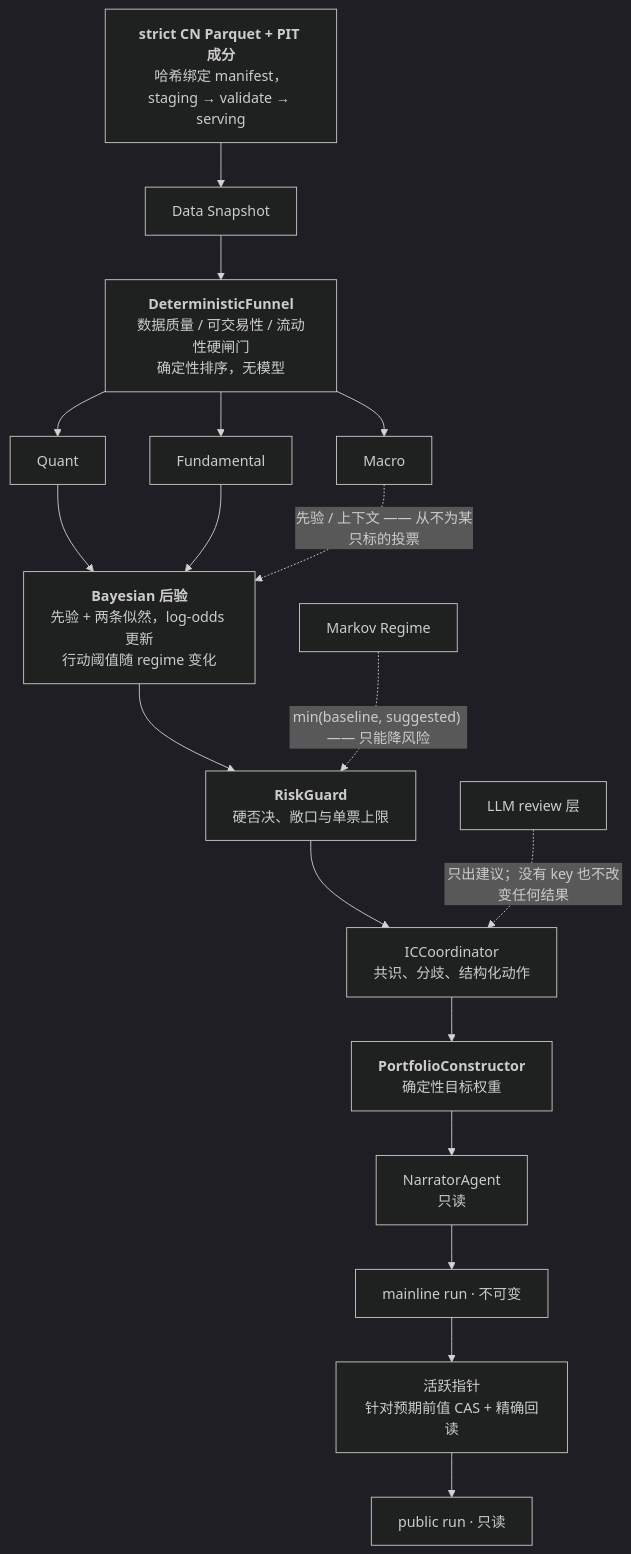
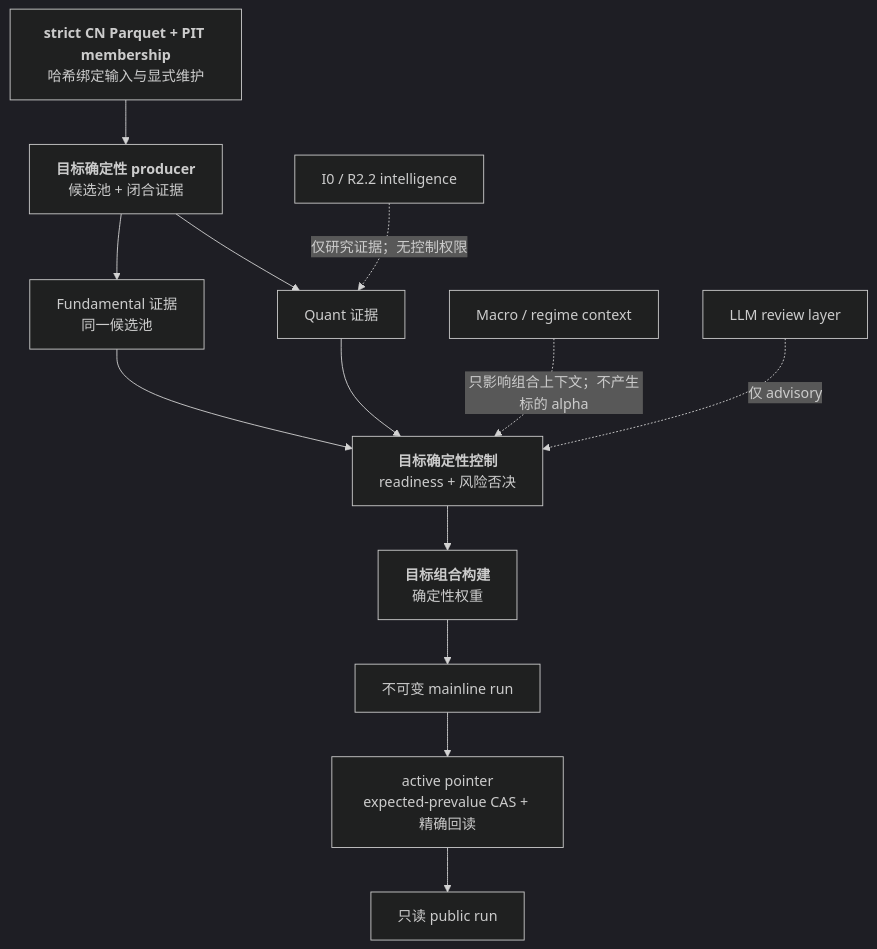
The diagram in README.zh-CN.md (alpha-mw/myQuant), drawn with Mermaid (dark theme) before and after one commit. The commit also changed other lines of this file and 24 other files, not shown here.

````diff
--- a/README.zh-CN.md
+++ b/README.zh-CN.md
@@ -59,26 +116,15 @@
 ```mermaid
 flowchart TD
-    D["<b>strict CN Parquet + PIT 成分</b><br/>哈希绑定 manifest，staging → validate → serving"] --> S["Data Snapshot"]
-    S --> F["<b>DeterministicFunnel</b><br/>数据质量 / 可交易性 / 流动性硬闸门<br/>确定性排序，无模型"]
-
-    F --> Q["Quant"]
-    F --> FD["Fundamental"]
-    F --> MA["Macro"]
-
-    Q --> B["<b>Bayesian 后验</b><br/>先验 + 两条似然，log-odds 更新<br/>行动阈值随 regime 变化"]
-    FD --> B
-    MA -. "先验 / 上下文 —— 从不为某只标的投票" .-> B
-
-    B --> RG["<b>RiskGuard</b><br/>硬否决、敞口与单票上限"]
-    MK["Markov Regime"] -. "min(baseline, suggested) —— 只能降风险" .-> RG
-
-    RG --> IC["ICCoordinator<br/>共识、分歧、结构化动作"]
-    IC --> PC["<b>PortfolioConstructor</b><br/>确定性目标权重"]
-    PC --> N["NarratorAgent<br/>只读"]
-
-    N --> MR["mainline run · 不可变"]
-    MR --> AP["活跃指针<br/>针对预期前值 CAS + 精确回读"]
-    AP --> PB["public run · 只读"]
-
-    LLM["LLM review 层"] -. "只出建议；没有 key 也不改变任何结果" .-> IC
+    D["<b>strict CN Parquet + PIT membership</b><br/>哈希绑定输入与显式维护"] --> F["<b>目标确定性 producer</b><br/>候选池 + 闭合证据"]
+    F --> Q["Quant 证据"]
+    F --> FD["Fundamental 证据<br/>同一候选池"]
+    MA["Macro / regime context"] -. "只影响组合上下文；不产生标的 alpha" .-> C
+    Q --> C["<b>目标确定性控制</b><br/>readiness + 风险否决"]
+    FD --> C
+    C --> PC["<b>目标组合构建</b><br/>确定性权重"]
+    PC --> MR["不可变 mainline run"]
+    MR --> AP["active pointer<br/>expected-prevalue CAS + 精确回读"]
+    AP --> PB["只读 public run"]
+    I0["I0 / R2.2 intelligence"] -. "仅研究证据；无控制权限" .-> Q
+    LLM["LLM review layer"] -. "仅 advisory" .-> C
 ```
````
